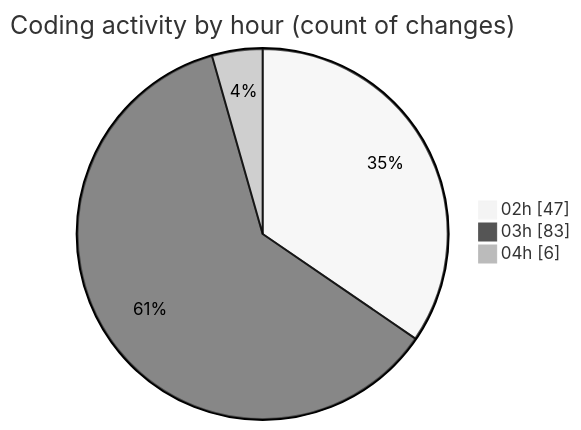
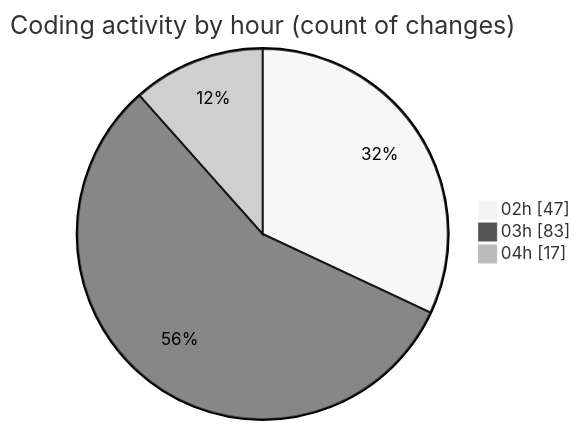
One commit to ernivani/code-tracking changed the second of 2 diagrams in 2025-01-02/3drust/README.md. Above: the diagram before and after it, drawn with Mermaid (neutral theme). The commit also changed other lines of this file and 2 other files, not shown here.

````diff
--- a/2025-01-02/3drust/README.md
+++ b/2025-01-02/3drust/README.md
@@ -40,7 +40,7 @@
 ```mermaid
 pie showData
 title Coding activity by hour (count of changes)
 "02h" : 47
 "03h" : 83
-"04h" : 6
+"04h" : 17
 ```
````
